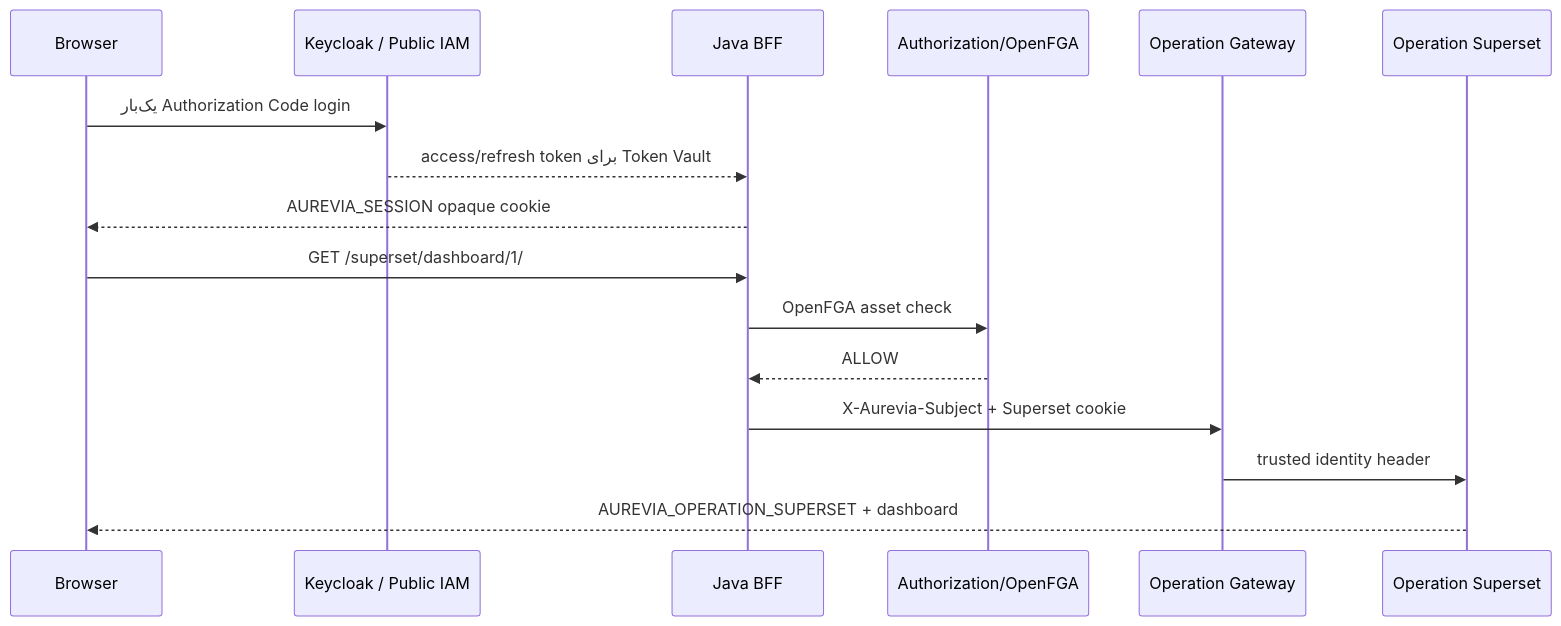
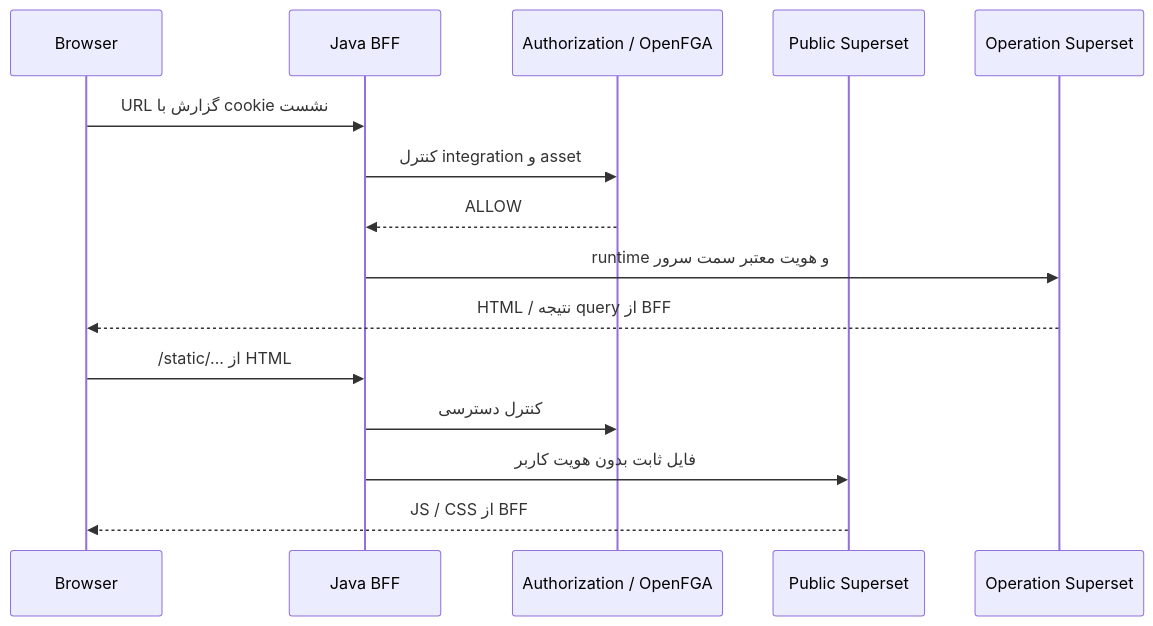
One commit to mahdiporkar/aurevia-super-app changed the diagram in docs/superset-routing-and-embedding-fa.md. Above: the diagram before and after it, drawn with Mermaid. The commit also changed other lines of this file and 70 other files, not shown here.

````diff
--- a/docs/superset-routing-and-embedding-fa.md
+++ b/docs/superset-routing-and-embedding-fa.md
@@ -83,18 +16,17 @@
 ```mermaid
 sequenceDiagram
   participant U as Browser
-  participant K as Keycloak / Public IAM
   participant B as Java BFF
-  participant A as Authorization/OpenFGA
-  participant G as Operation Gateway
+  participant A as Authorization / OpenFGA
+  participant P as Public Superset
   participant S as Operation Superset
-  U->>K: یک‌بار Authorization Code login
-  K-->>B: access/refresh token برای Token Vault
-  B-->>U: AUREVIA_SESSION opaque cookie
-  U->>B: GET /superset/dashboard/1/
-  B->>A: OpenFGA asset check
+  U->>B: URL گزارش با cookie نشست
+  B->>A: کنترل integration و asset
   A-->>B: ALLOW
-  B->>G: X-Aurevia-Subject + Superset cookie
-  G->>S: trusted identity header
-  S-->>U: AUREVIA_OPERATION_SUPERSET + dashboard
+  B->>S: runtime و هویت معتبر سمت سرور
+  S-->>U: HTML / نتیجه query از BFF
+  U->>B: /static/... از HTML
+  B->>A: کنترل دسترسی
+  B->>P: فایل ثابت بدون هویت کاربر
+  P-->>U: JS / CSS از BFF
 ```
````
